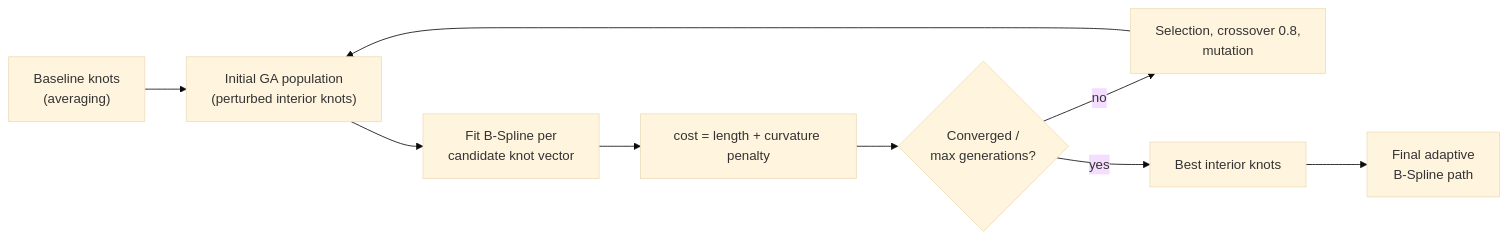
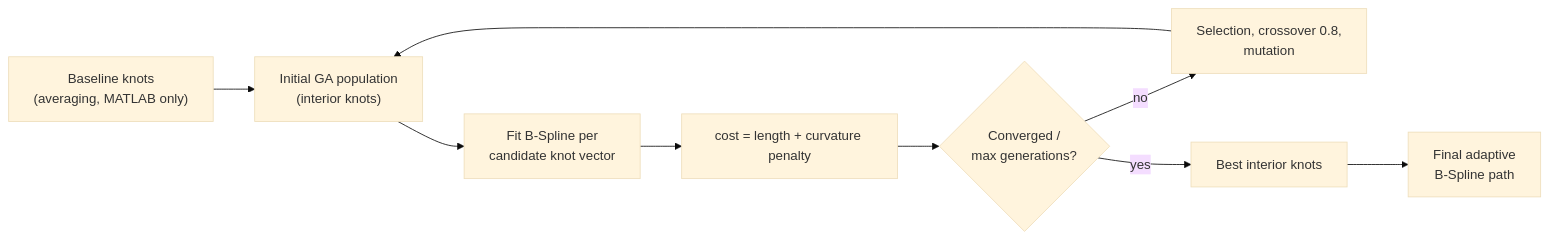
Before and after one commit to vignes-vm/Drones_S5_CD8_Adaptive_BSpline_Smoothing_and_Attitude_Control: the third of 4 diagrams in README.md, drawn with Mermaid (base theme). The commit also changed other lines of this file and 11 other files, not shown here.

````diff
--- a/README.md
+++ b/README.md
@@ -144,10 +165,10 @@
 ```mermaid
 flowchart LR
-    B0["Baseline knots\n(averaging)"] --> Pop["Initial GA population\n(perturbed interior knots)"]
+    B0["Baseline knots\n(averaging, MATLAB only)"] --> Pop["Initial GA population\n(interior knots)"]
     Pop --> Fit["Fit B-Spline per\ncandidate knot vector"]
     Fit --> Eval["cost = length + curvature penalty"]
     Eval --> Sel{Converged /\nmax generations?}
     Sel -- no --> GA["Selection, crossover 0.8,\nmutation"] --> Pop
     Sel -- yes --> Best["Best interior knots"]
     Best --> Final["Final adaptive\nB-Spline path"]
 ```
````
